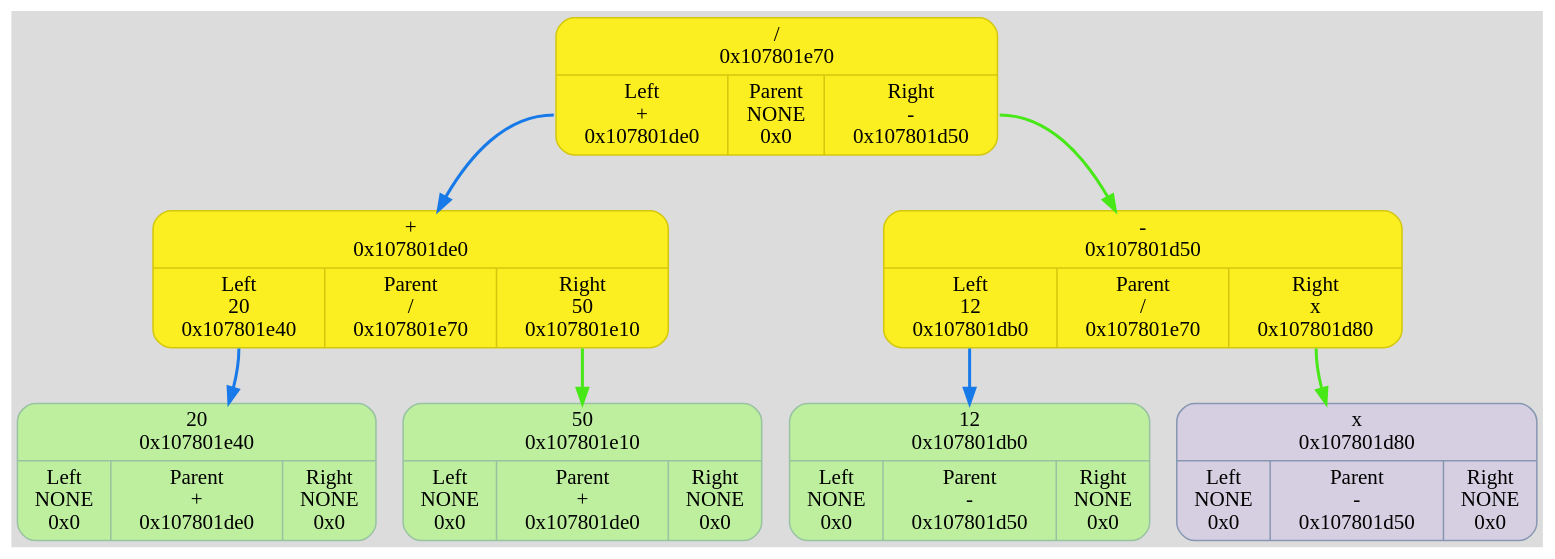
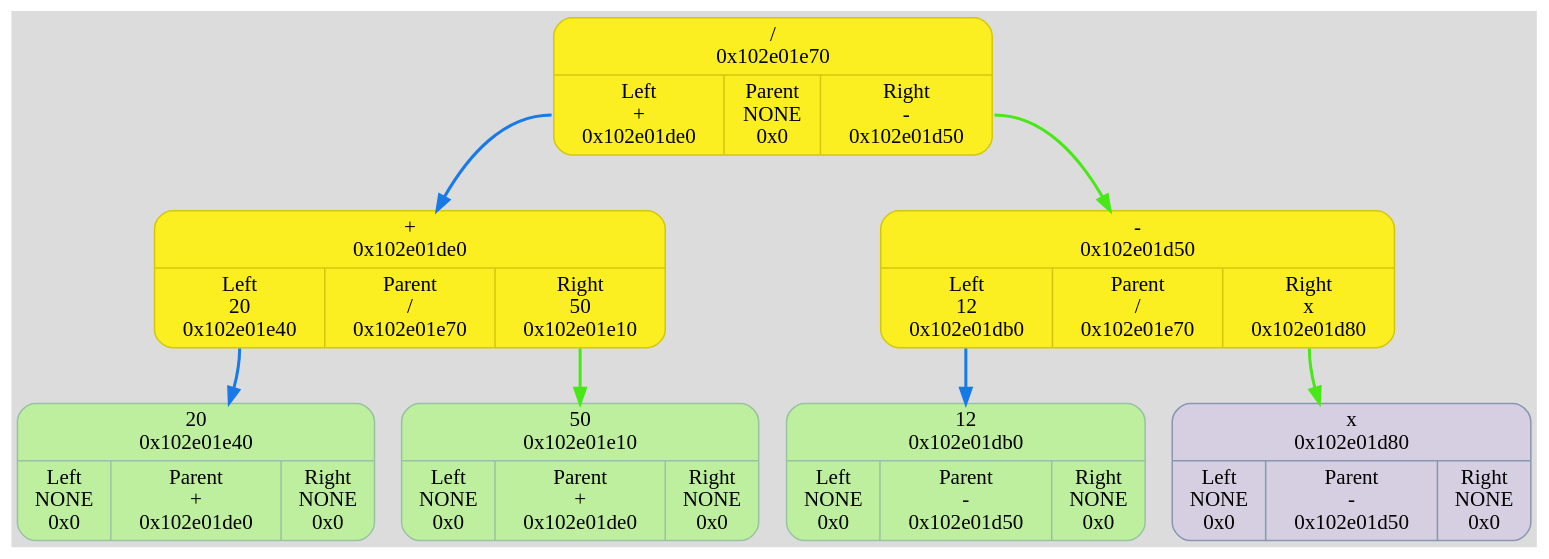
One commit to TolikRogov/Differentiator changed the diagram in dump/graph.dot. Above: the diagram before and after it, drawn with Graphviz. The commit also changed 16 other files, not shown here.

```diff
--- a/dump/graph.dot
+++ b/dump/graph.dot
@@ -1,18 +1,18 @@
 digraph {
 	fontname = "UbuntuMono";
 	bgcolor = "#DCDCDC";
 
-	node0x107801e70 [ shape = Mrecord; style = filled; fillcolor = "#FBEE21"; color = "#D3C70D"; fontcolor = "#000000"; label = " { /\n0x107801e70 | { <left> Left\n+\n0x107801de0 | Parent\nNONE\n0x0 | <right> Right\n-\n0x107801d50 } } "; ];
-	node0x107801e70:<left> -> node0x107801de0 [ style = "bold"; color = "#187AE8"; label = ""; ];
-	node0x107801de0 [ shape = Mrecord; style = filled; fillcolor = "#FBEE21"; color = "#D3C70D"; fontcolor = "#000000"; label = " { +\n0x107801de0 | { <left> Left\n20\n0x107801e40 | Parent\n/\n0x107801e70 | <right> Right\n50\n0x107801e10 } } "; ];
-	node0x107801de0:<left> -> node0x107801e40 [ style = "bold"; color = "#187AE8"; label = ""; ];
-	node0x107801e40 [ shape = Mrecord; style = filled; fillcolor = "#BDEF9E"; color = "#99c2a2"; fontcolor = "#000000"; label = " { 20\n0x107801e40 | { <left> Left\nNONE\n0x0 | Parent\n+\n0x107801de0 | <right> Right\nNONE\n0x0 } } "; ];
-	node0x107801e10 [ shape = Mrecord; style = filled; fillcolor = "#BDEF9E"; color = "#99c2a2"; fontcolor = "#000000"; label = " { 50\n0x107801e10 | { <left> Left\nNONE\n0x0 | Parent\n+\n0x107801de0 | <right> Right\nNONE\n0x0 } } "; ];
-	node0x107801de0:<right> -> node0x107801e10 [ style = "bold"; color = "#48E818"; label = ""; ];
-	node0x107801d50 [ shape = Mrecord; style = filled; fillcolor = "#FBEE21"; color = "#D3C70D"; fontcolor = "#000000"; label = " { -\n0x107801d50 | { <left> Left\n12\n0x107801db0 | Parent\n/\n0x107801e70 | <right> Right\nx\n0x107801d80 } } "; ];
-	node0x107801d50:<left> -> node0x107801db0 [ style = "bold"; color = "#187AE8"; label = ""; ];
-	node0x107801db0 [ shape = Mrecord; style = filled; fillcolor = "#BDEF9E"; color = "#99c2a2"; fontcolor = "#000000"; label = " { 12\n0x107801db0 | { <left> Left\nNONE\n0x0 | Parent\n-\n0x107801d50 | <right> Right\nNONE\n0x0 } } "; ];
-	node0x107801d80 [ shape = Mrecord; style = filled; fillcolor = "#D5CFE1"; color = "#8797b2"; fontcolor = "#000000"; label = " { x\n0x107801d80 | { <left> Left\nNONE\n0x0 | Parent\n-\n0x107801d50 | <right> Right\nNONE\n0x0 } } "; ];
-	node0x107801d50:<right> -> node0x107801d80 [ style = "bold"; color = "#48E818"; label = ""; ];
-	node0x107801e70:<right> -> node0x107801d50 [ style = "bold"; color = "#48E818"; label = ""; ];
+	node0x102e01e70 [ shape = Mrecord; style = filled; fillcolor = "#FBEE21"; color = "#D3C70D"; fontcolor = "#000000"; label = " { /\n0x102e01e70 | { <left> Left\n+\n0x102e01de0 | Parent\nNONE\n0x0 | <right> Right\n-\n0x102e01d50 } } "; ];
+	node0x102e01e70:<left> -> node0x102e01de0 [ style = "bold"; color = "#187AE8"; label = ""; ];
+	node0x102e01de0 [ shape = Mrecord; style = filled; fillcolor = "#FBEE21"; color = "#D3C70D"; fontcolor = "#000000"; label = " { +\n0x102e01de0 | { <left> Left\n20\n0x102e01e40 | Parent\n/\n0x102e01e70 | <right> Right\n50\n0x102e01e10 } } "; ];
+	node0x102e01de0:<left> -> node0x102e01e40 [ style = "bold"; color = "#187AE8"; label = ""; ];
+	node0x102e01e40 [ shape = Mrecord; style = filled; fillcolor = "#BDEF9E"; color = "#99c2a2"; fontcolor = "#000000"; label = " { 20\n0x102e01e40 | { <left> Left\nNONE\n0x0 | Parent\n+\n0x102e01de0 | <right> Right\nNONE\n0x0 } } "; ];
+	node0x102e01e10 [ shape = Mrecord; style = filled; fillcolor = "#BDEF9E"; color = "#99c2a2"; fontcolor = "#000000"; label = " { 50\n0x102e01e10 | { <left> Left\nNONE\n0x0 | Parent\n+\n0x102e01de0 | <right> Right\nNONE\n0x0 } } "; ];
+	node0x102e01de0:<right> -> node0x102e01e10 [ style = "bold"; color = "#48E818"; label = ""; ];
+	node0x102e01d50 [ shape = Mrecord; style = filled; fillcolor = "#FBEE21"; color = "#D3C70D"; fontcolor = "#000000"; label = " { -\n0x102e01d50 | { <left> Left\n12\n0x102e01db0 | Parent\n/\n0x102e01e70 | <right> Right\nx\n0x102e01d80 } } "; ];
+	node0x102e01d50:<left> -> node0x102e01db0 [ style = "bold"; color = "#187AE8"; label = ""; ];
+	node0x102e01db0 [ shape = Mrecord; style = filled; fillcolor = "#BDEF9E"; color = "#99c2a2"; fontcolor = "#000000"; label = " { 12\n0x102e01db0 | { <left> Left\nNONE\n0x0 | Parent\n-\n0x102e01d50 | <right> Right\nNONE\n0x0 } } "; ];
+	node0x102e01d80 [ shape = Mrecord; style = filled; fillcolor = "#D5CFE1"; color = "#8797b2"; fontcolor = "#000000"; label = " { x\n0x102e01d80 | { <left> Left\nNONE\n0x0 | Parent\n-\n0x102e01d50 | <right> Right\nNONE\n0x0 } } "; ];
+	node0x102e01d50:<right> -> node0x102e01d80 [ style = "bold"; color = "#48E818"; label = ""; ];
+	node0x102e01e70:<right> -> node0x102e01d50 [ style = "bold"; color = "#48E818"; label = ""; ];
 }
```
